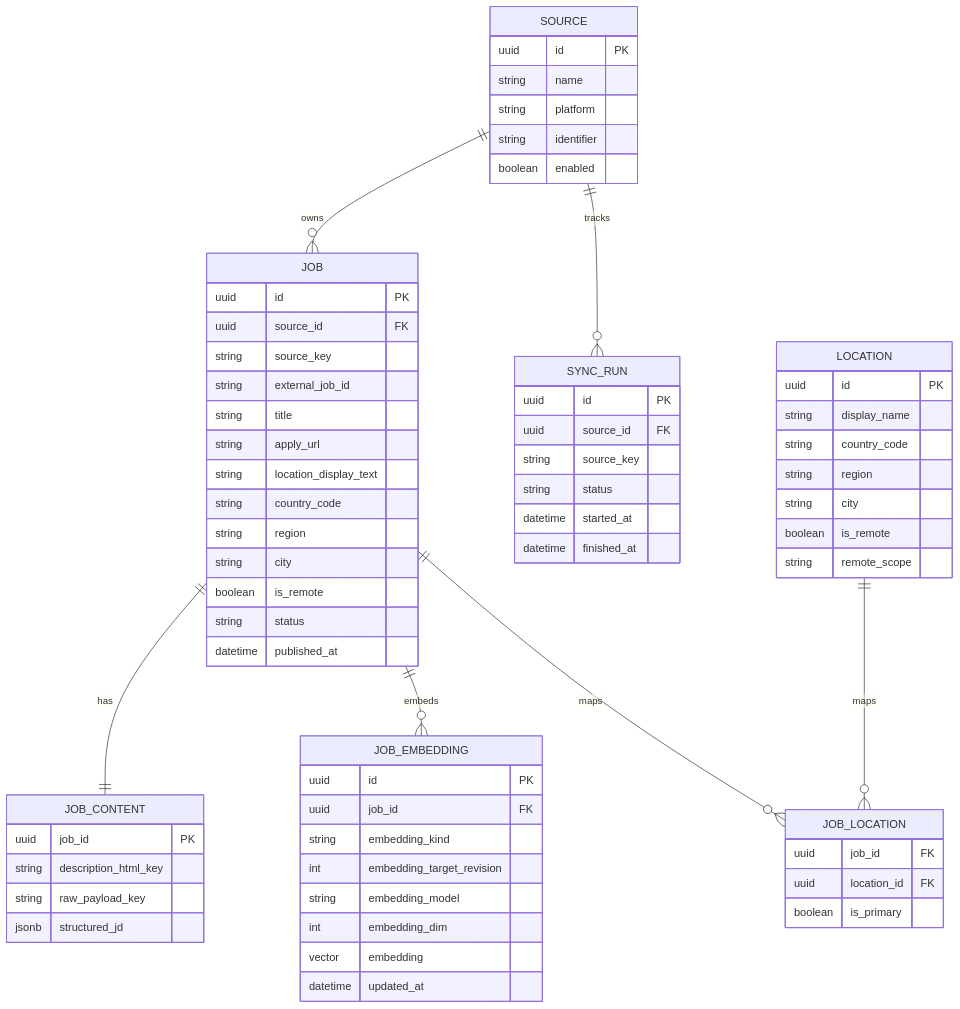
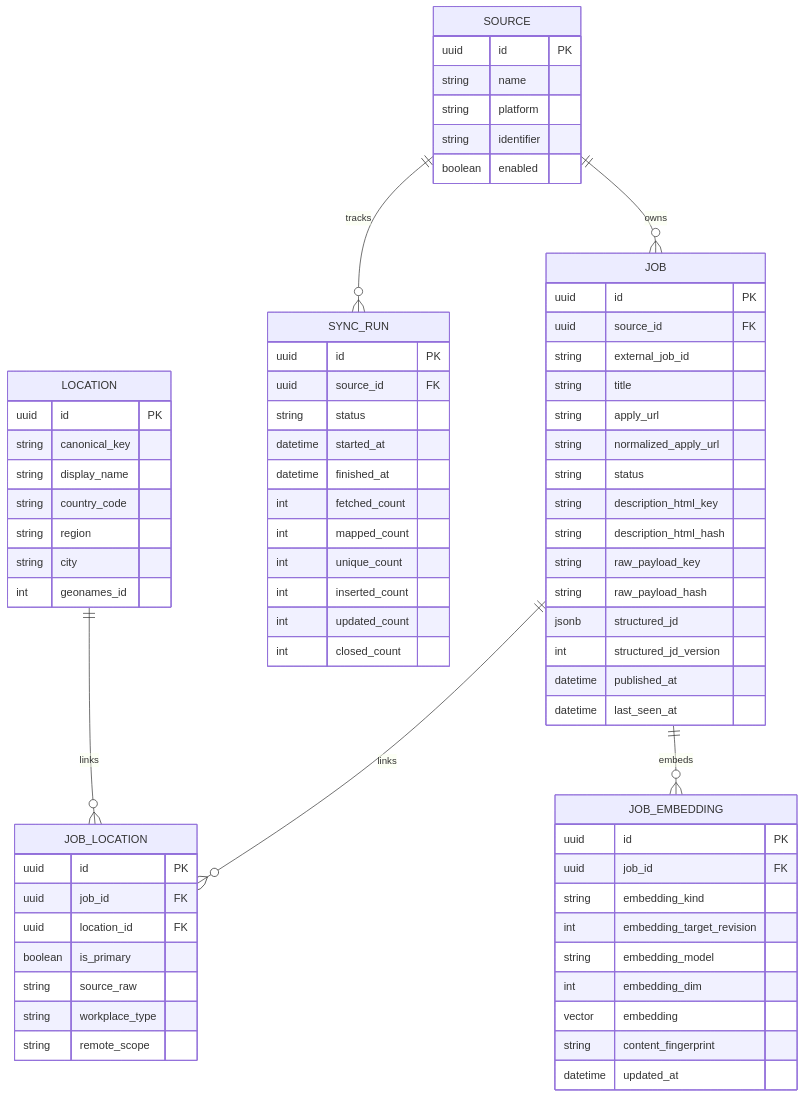
Before and after one commit to DengNaichen/job: the third of 4 diagrams in docs/architecture/README.md, drawn with Mermaid. The commit also changed other lines of this file and 10 other files, not shown here.

Commit message:
docs: align architecture and data model to current implementation

````diff
--- a/docs/architecture/README.md
+++ b/docs/architecture/README.md
@@ -200,76 +143,80 @@
 ```mermaid
 erDiagram
     SOURCE {
         uuid id PK
         string name
         string platform
         string identifier
         boolean enabled
     }
 
     JOB {
         uuid id PK
         uuid source_id FK
-        string source_key
         string external_job_id
         string title
         string apply_url
-        string location_display_text
+        string normalized_apply_url
+        string status
+        string description_html_key
+        string description_html_hash
+        string raw_payload_key
+        string raw_payload_hash
+        jsonb structured_jd
+        int structured_jd_version
+        datetime published_at
+        datetime last_seen_at
+    }
+
+    SYNC_RUN {
+        uuid id PK
+        uuid source_id FK
+        string status
+        datetime started_at
+        datetime finished_at
+        int fetched_count
+        int mapped_count
+        int unique_count
+        int inserted_count
+        int updated_count
+        int closed_count
+    }
+
+    LOCATION {
+        uuid id PK
+        string canonical_key
+        string display_name
         string country_code
         string region
         string city
-        boolean is_remote
-        string status
-        datetime published_at
+        int geonames_id
     }
 
-    JOB_CONTENT {
-        uuid job_id PK
-        string description_html_key
-        string raw_payload_key
-        jsonb structured_jd
+    JOB_LOCATION {
+        uuid id PK
+        uuid job_id FK
+        uuid location_id FK
+        boolean is_primary
+        string source_raw
+        string workplace_type
+        string remote_scope
     }
 
     JOB_EMBEDDING {
         uuid id PK
         uuid job_id FK
         string embedding_kind
         int embedding_target_revision
         string embedding_model
         int embedding_dim
         vector embedding
+        string content_fingerprint
         datetime updated_at
-    }
-
-    SYNC_RUN {
-        uuid id PK
-        uuid source_id FK
-        string source_key
-        string status
-        datetime started_at
-        datetime finished_at
-    }
-
-    LOCATION {
-        uuid id PK
-        string display_name
-        string country_code
-        string region
-        string city
-        boolean is_remote
-        string remote_scope
-    }
-
-    JOB_LOCATION {
-        uuid job_id FK
-        uuid location_id FK
-        boolean is_primary
     }
 
     SOURCE ||--o{ JOB : owns
     SOURCE ||--o{ SYNC_RUN : tracks
-    JOB ||--|| JOB_CONTENT : has
+    JOB ||--o{ JOB_LOCATION : links
+    LOCATION ||--o{ JOB_LOCATION : links
     JOB ||--o{ JOB_EMBEDDING : embeds
-    JOB ||--o{ JOB_LOCATION : maps
-    LOCATION ||--o{ JOB_LOCATION : maps
 ```
````
